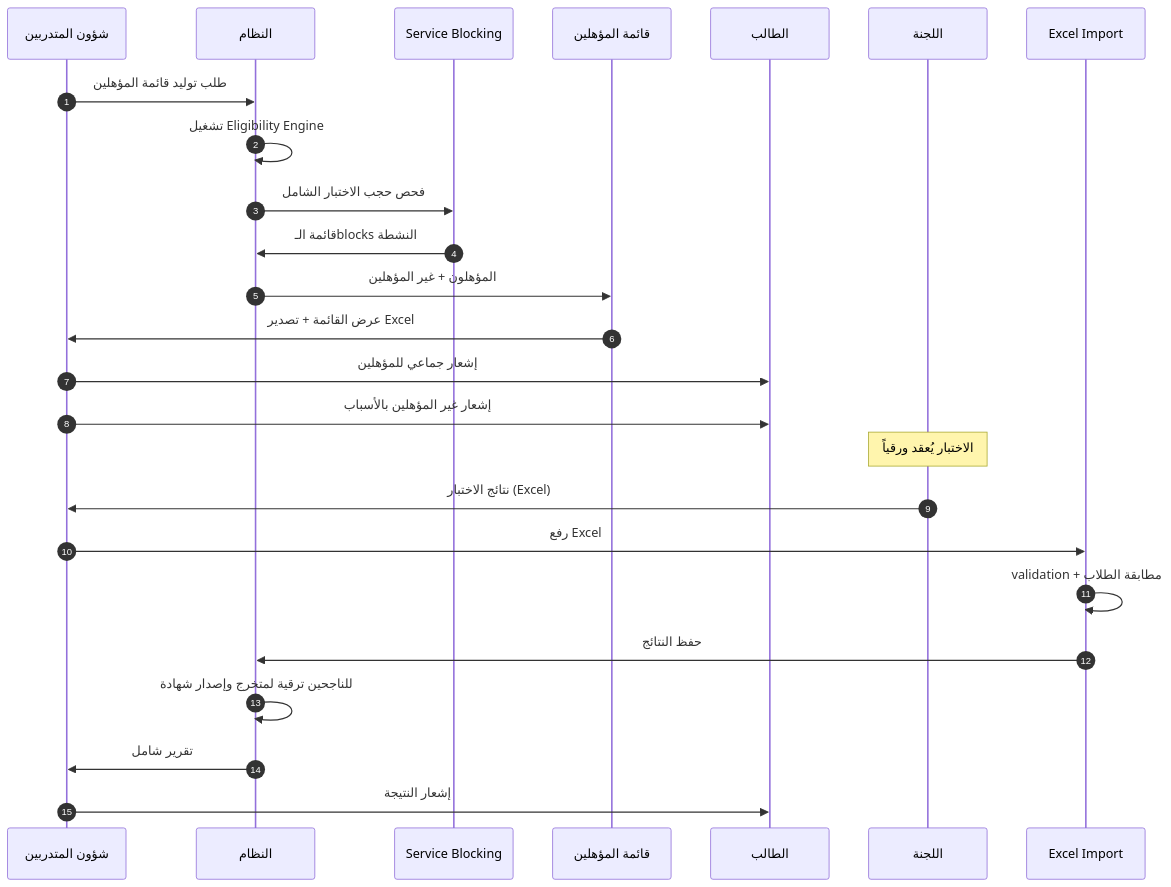
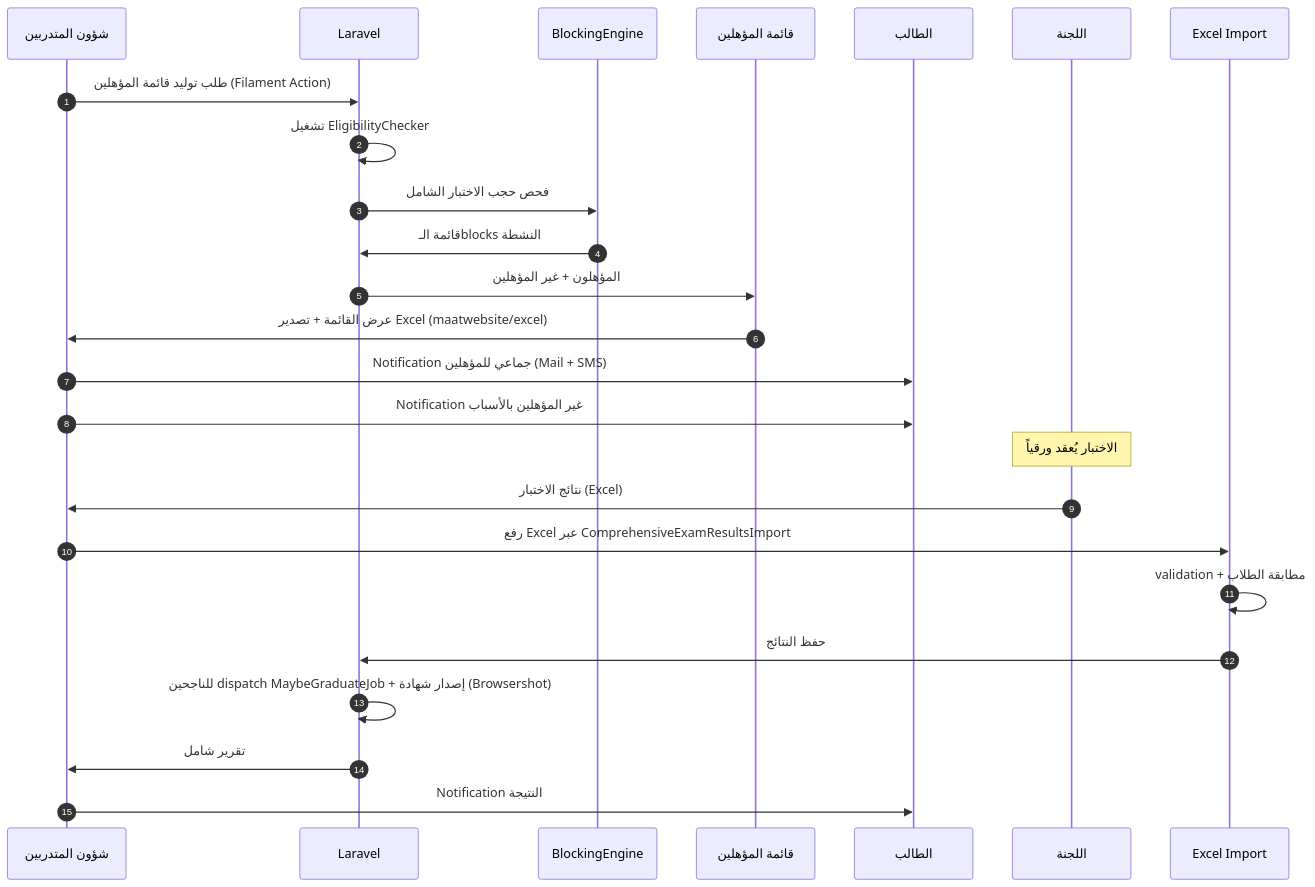
Before and after one commit to alharbib902-del/technical-handover: diagram 15 of 18 in مسودات-الوكلاء/الجزء-02-الموديولات-والمنطق-التجاري.md, drawn with Mermaid. The commit also changed other lines of this file and 22 other files, not shown here.

First line of the commit message:
feat: switch tech stack to Laravel 11 + Filament 3 (replacing Next.js + Supabase)

````diff
--- a/مسودات-الوكلاء/الجزء-02-الموديولات-والمنطق-التجاري.md
+++ b/مسودات-الوكلاء/الجزء-02-الموديولات-والمنطق-التجاري.md
@@ -2814,28 +3528,28 @@
 ```mermaid
 sequenceDiagram
     autonumber
     participant SA as شؤون المتدربين
-    participant SYS as النظام
-    participant SBE as Service Blocking
+    participant SYS as Laravel
+    participant SBE as BlockingEngine
     participant LST as قائمة المؤهلين
     participant STU as الطالب
     participant EXM as اللجنة
     participant XLS as Excel Import
 
-    SA->>SYS: طلب توليد قائمة المؤهلين
-    SYS->>SYS: تشغيل Eligibility Engine
+    SA->>SYS: طلب توليد قائمة المؤهلين (Filament Action)
+    SYS->>SYS: تشغيل EligibilityChecker
     SYS->>SBE: فحص حجب الاختبار الشامل
     SBE->>SYS: قائمة الـblocks النشطة
     SYS->>LST: المؤهلون + غير المؤهلين
-    LST->>SA: عرض القائمة + تصدير Excel
-    SA->>STU: إشعار جماعي للمؤهلين
-    SA->>STU: إشعار غير المؤهلين بالأسباب
+    LST->>SA: عرض القائمة + تصدير Excel (maatwebsite/excel)
+    SA->>STU: Notification جماعي للمؤهلين (Mail + SMS)
+    SA->>STU: Notification غير المؤهلين بالأسباب
     Note over EXM: الاختبار يُعقد ورقياً
     EXM->>SA: نتائج الاختبار (Excel)
-    SA->>XLS: رفع Excel
+    SA->>XLS: رفع Excel عبر ComprehensiveExamResultsImport
     XLS->>XLS: validation + مطابقة الطلاب
     XLS->>SYS: حفظ النتائج
-    SYS->>SYS: للناجحين ترقية لمتخرج وإصدار شهادة
+    SYS->>SYS: للناجحين dispatch MaybeGraduateJob + إصدار شهادة (Browsershot)
     SYS->>SA: تقرير شامل
-    SA->>STU: إشعار النتيجة
+    SA->>STU: Notification النتيجة
 ```
````
